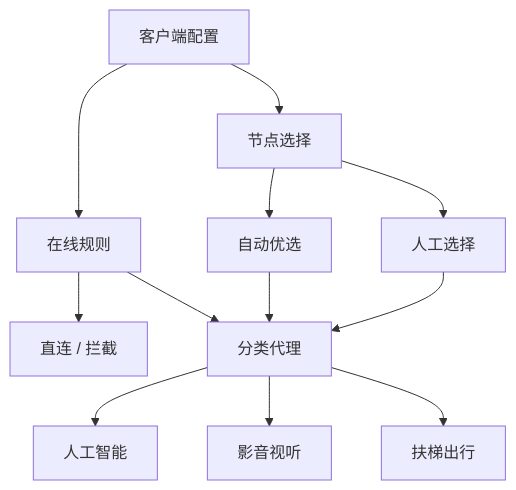
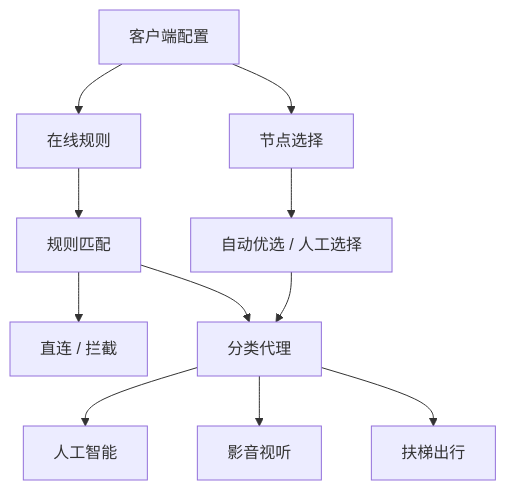
One commit to Akaspyrean/external changed the diagram in README.md. Above: the diagram before and after it, drawn with Mermaid.

````diff
--- a/README.md
+++ b/README.md
@@ -15,20 +15,18 @@
 ```mermaid
 flowchart TB
     A[客户端配置]
 
+    A --> C[在线规则]
     A --> B[节点选择]
-    A --> C[在线规则]
 
-    B --> D[自动优选]
-    B --> E[人工选择]
+    C --> E[规则匹配]
+    B --> D[自动优选 / 人工选择]
 
-    C --> F[直连 / 拦截]
-    C --> G[分类代理]
+    E --> G[直连 / 拦截]
+    E --> F[分类代理]
+    D --> F
 
-    D --> G
-    E --> G
-
-    G --> H[人工智能]
-    G --> I[影音视听]
-    G --> J[扶梯出行]
+    F --> H[人工智能]
+    F --> I[影音视听]
+    F --> J[扶梯出行]
 ```
````
